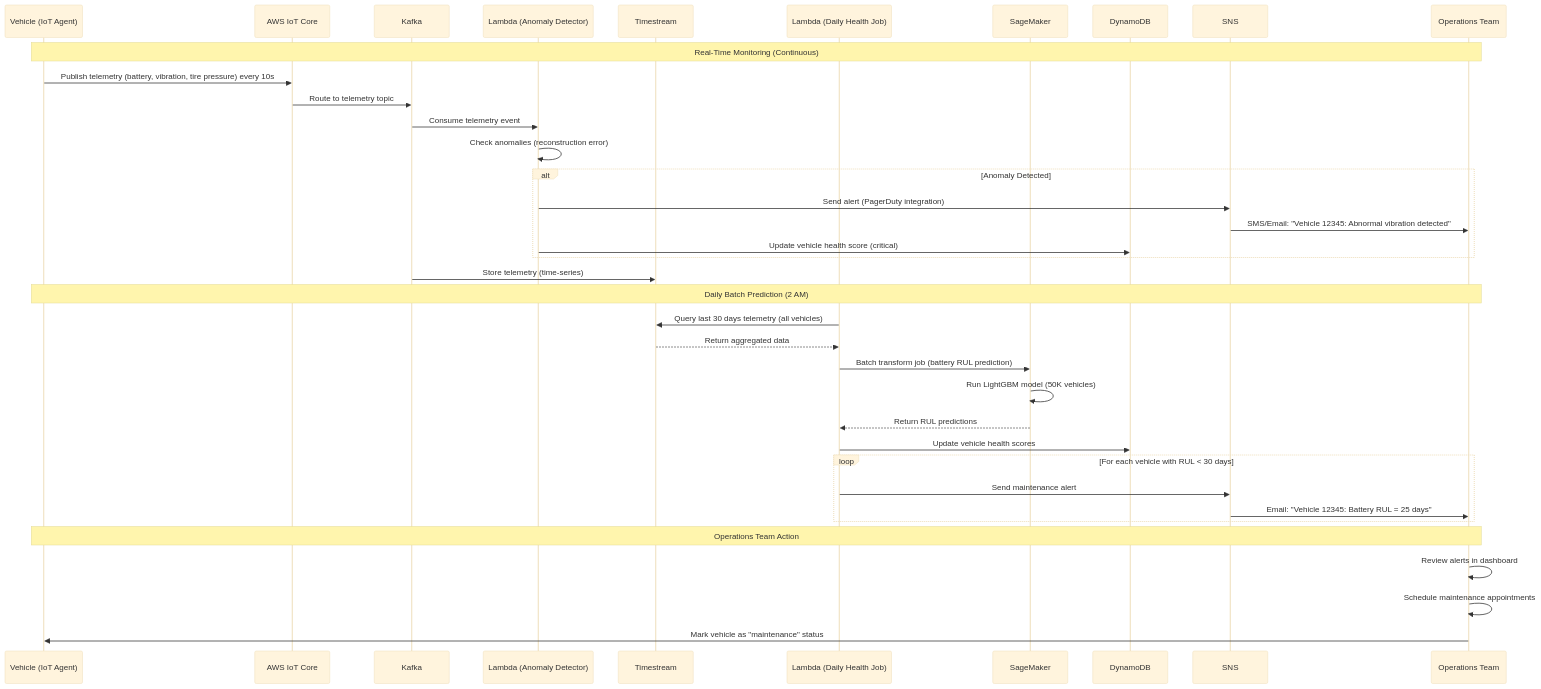
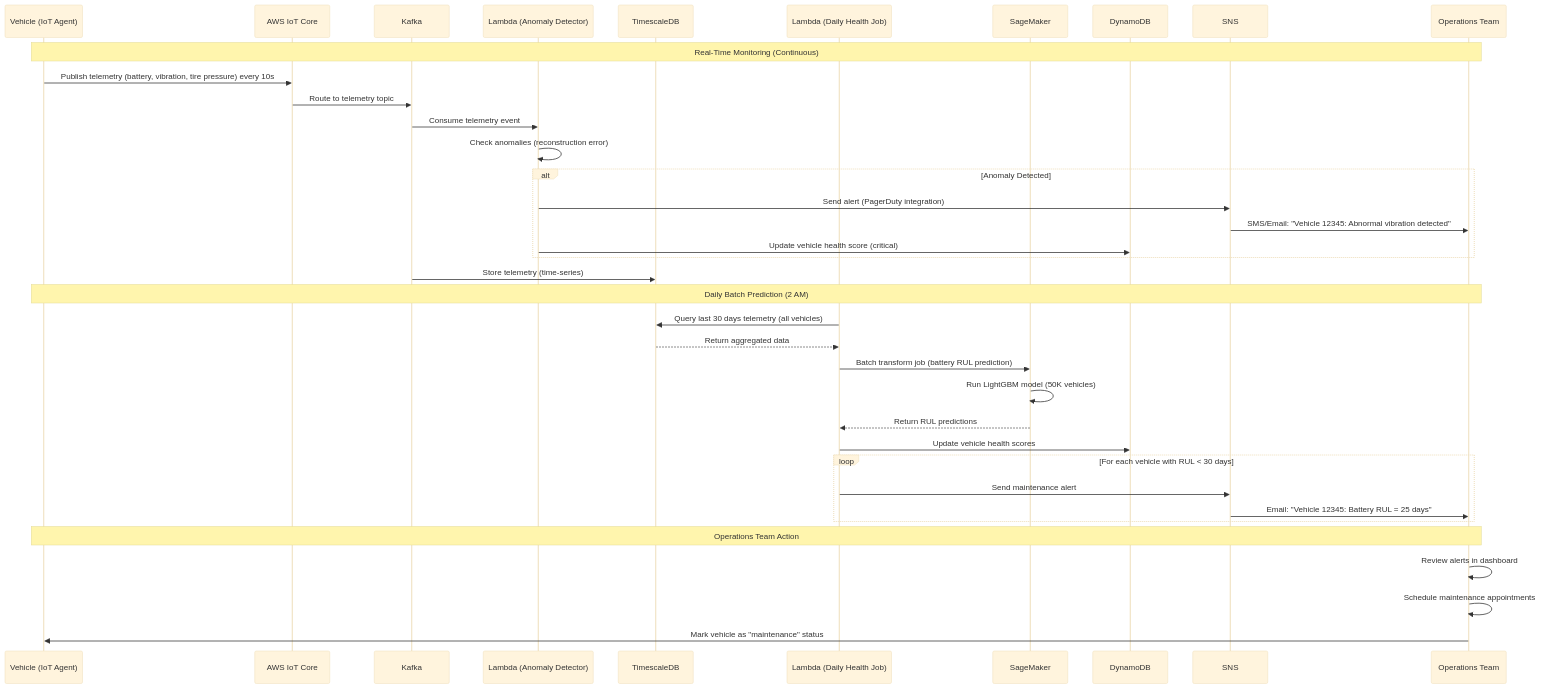
The diagram in HLD/scenarios/predictive_maintenance.md (SumoSumir/kata-na), drawn with Mermaid (base theme) before and after one commit. The commit also changed other lines of this file and 10 other files, not shown here.

````diff
--- a/HLD/scenarios/predictive_maintenance.md
+++ b/HLD/scenarios/predictive_maintenance.md
@@ -100,43 +100,43 @@
 ```mermaid
 sequenceDiagram
     participant V as Vehicle (IoT Agent)
     participant IoT as AWS IoT Core
     participant Kafka as Kafka
     participant L1 as Lambda (Anomaly Detector)
-    participant TS as Timestream
+    participant TS as TimescaleDB
     participant L2 as Lambda (Daily Health Job)
     participant SM as SageMaker
     participant DB as DynamoDB
     participant SNS as SNS
     participant Ops as Operations Team
 
     Note over V,Ops: Real-Time Monitoring (Continuous)
     V->>IoT: Publish telemetry (battery, vibration, tire pressure) every 10s
     IoT->>Kafka: Route to telemetry topic
     Kafka->>L1: Consume telemetry event
     L1->>L1: Check anomalies (reconstruction error)
     alt Anomaly Detected
         L1->>SNS: Send alert (PagerDuty integration)
         SNS->>Ops: SMS/Email: "Vehicle 12345: Abnormal vibration detected"
         L1->>DB: Update vehicle health score (critical)
     end
     Kafka->>TS: Store telemetry (time-series)
 
     Note over V,Ops: Daily Batch Prediction (2 AM)
     L2->>TS: Query last 30 days telemetry (all vehicles)
     TS-->>L2: Return aggregated data
     L2->>SM: Batch transform job (battery RUL prediction)
     SM->>SM: Run LightGBM model (50K vehicles)
     SM-->>L2: Return RUL predictions
     L2->>DB: Update vehicle health scores
     
     loop For each vehicle with RUL < 30 days
         L2->>SNS: Send maintenance alert
         SNS->>Ops: Email: "Vehicle 12345: Battery RUL = 25 days"
     end
 
     Note over V,Ops: Operations Team Action
     Ops->>Ops: Review alerts in dashboard
     Ops->>Ops: Schedule maintenance appointments
     Ops->>V: Mark vehicle as "maintenance" status
 ```
````
